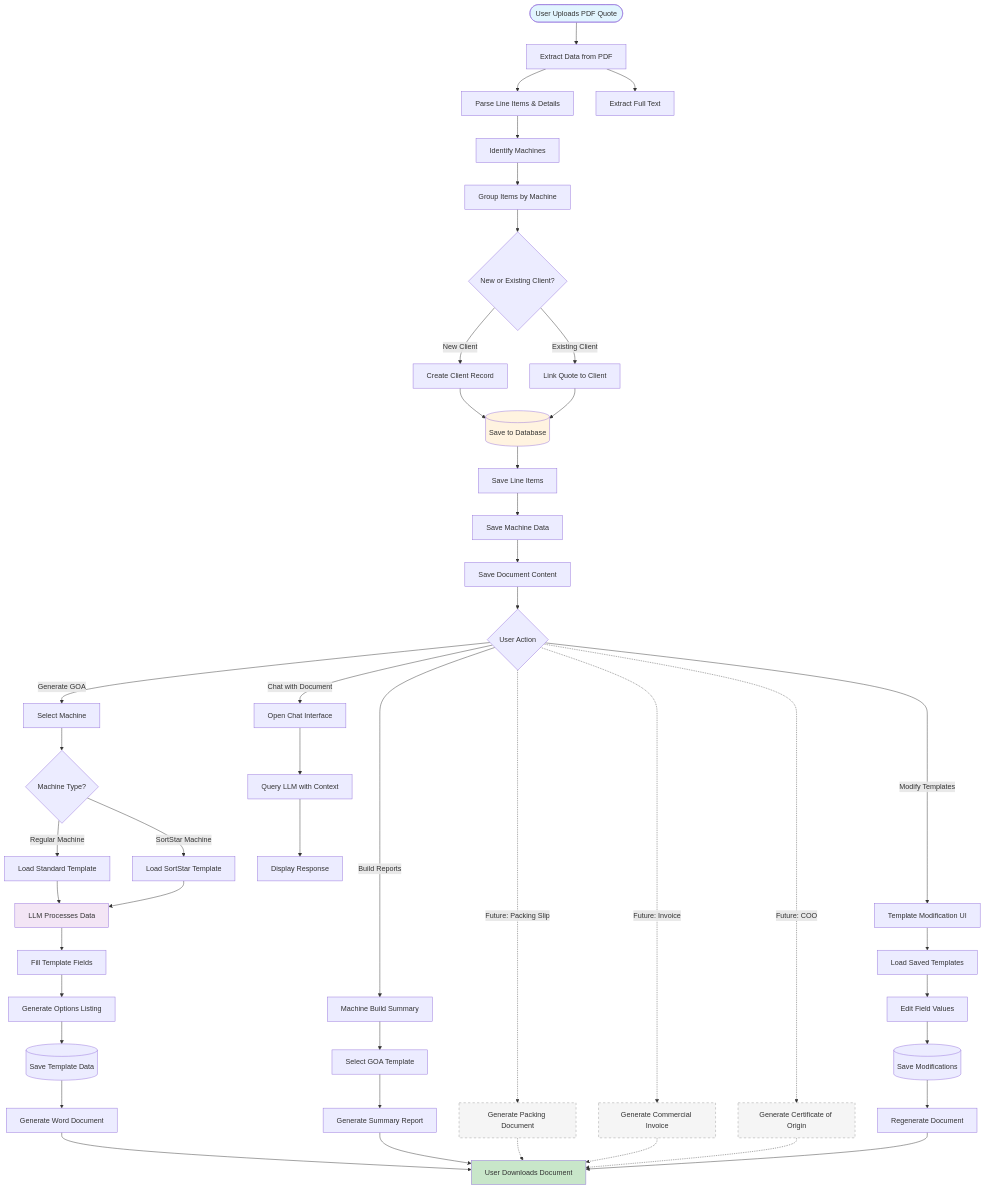
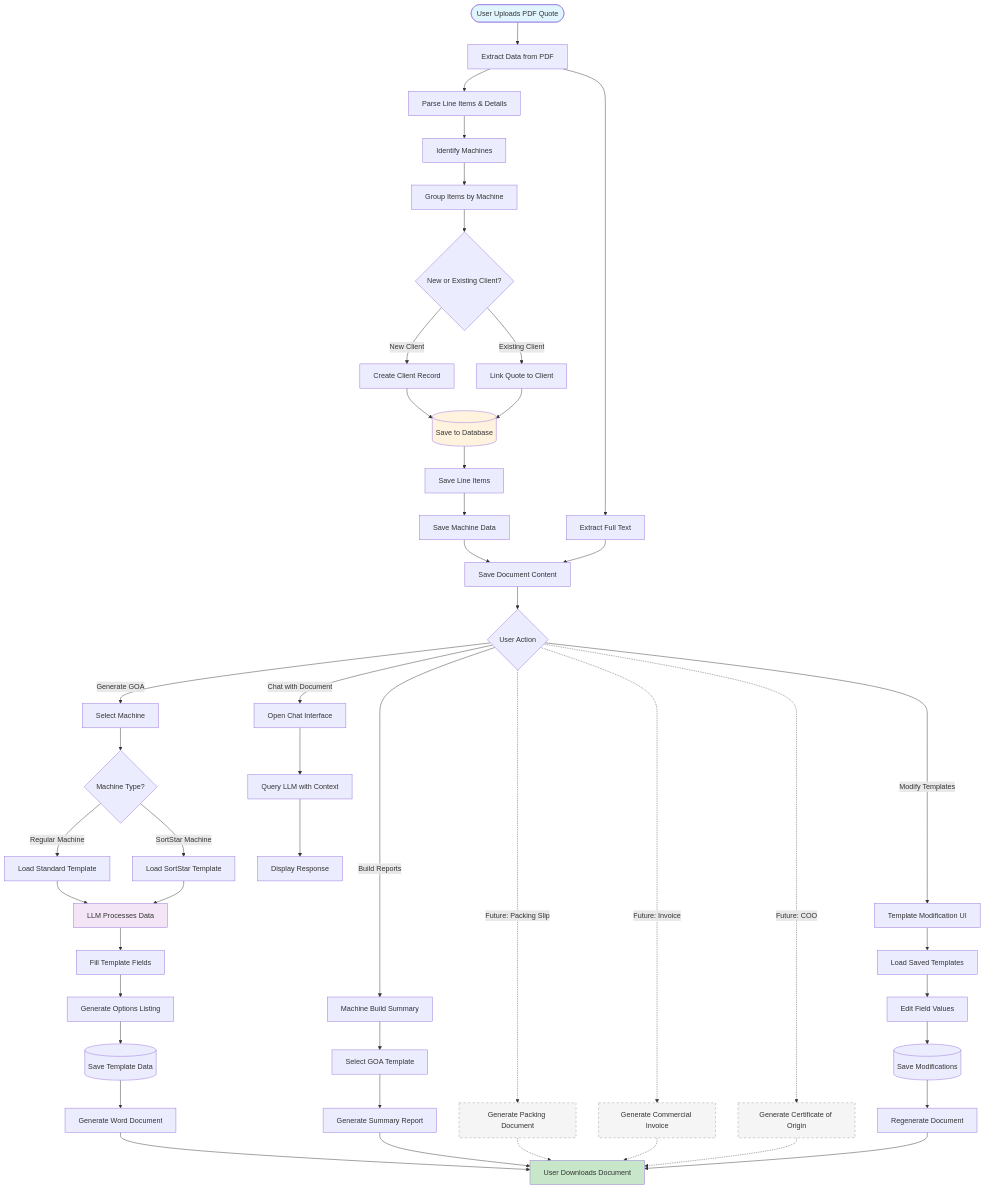
The diagram in README.md (brunocgirard/Automating-GOA), drawn with Mermaid before and after one commit.

Commit message:
docs: update workflow diagram to show text extraction flow

````diff
--- a/README.md
+++ b/README.md
@@ -26,72 +26,73 @@
 ```mermaid
 graph TB
     Start([User Uploads PDF Quote]) --> Extract[Extract Data from PDF]
     
     Extract --> ParseItems[Parse Line Items & Details]
     Extract --> ExtractText[Extract Full Text]
     
     ParseItems --> IdentifyMachines[Identify Machines]
     IdentifyMachines --> GroupItems[Group Items by Machine]
     
     GroupItems --> CreateClient{New or Existing Client?}
     
     CreateClient -->|New Client| SaveNewClient[Create Client Record]
     CreateClient -->|Existing Client| LinkQuote[Link Quote to Client]
     
     SaveNewClient --> SaveToDB[(Save to Database)]
     LinkQuote --> SaveToDB
     
     SaveToDB --> SaveItems[Save Line Items]
     SaveItems --> SaveMachines[Save Machine Data]
     SaveMachines --> SaveDoc[Save Document Content]
+    ExtractText --> SaveDoc
     
     SaveDoc --> UserChoice{User Action}
     
     UserChoice -->|Generate GOA| SelectMachine[Select Machine]
     UserChoice -->|Build Reports| BuildReports[Machine Build Summary]
     UserChoice -->|Chat with Document| ChatInterface[Open Chat Interface]
     UserChoice -->|Modify Templates| ModifyUI[Template Modification UI]
     
     UserChoice -.->|Future: Packing Slip| GenPacking[Generate Packing Document]
     UserChoice -.->|Future: Invoice| GenInvoice[Generate Commercial Invoice]
     UserChoice -.->|Future: COO| GenCOO[Generate Certificate of Origin]
     
     SelectMachine --> DetectType{Machine Type?}
     DetectType -->|Regular Machine| LoadTemplate1[Load Standard Template]
     DetectType -->|SortStar Machine| LoadTemplate2[Load SortStar Template]
     
     LoadTemplate1 --> LLMProcess[LLM Processes Data]
     LoadTemplate2 --> LLMProcess
     
     LLMProcess --> FillTemplate[Fill Template Fields]
     FillTemplate --> GenerateOptions[Generate Options Listing]
     GenerateOptions --> SaveTemplate[(Save Template Data)]
     
     SaveTemplate --> GenerateDoc[Generate Word Document]
     GenerateDoc --> Download[User Downloads Document]
     
     BuildReports --> SelectTemplate[Select GOA Template]
     SelectTemplate --> GenerateSummary[Generate Summary Report]
     GenerateSummary --> Download
     
     ModifyUI --> LoadSaved[Load Saved Templates]
     LoadSaved --> EditFields[Edit Field Values]
     EditFields --> SaveMods[(Save Modifications)]
     SaveMods --> RegenerateDoc[Regenerate Document]
     
     ChatInterface --> QueryLLM[Query LLM with Context]
     QueryLLM --> ShowResponse[Display Response]
     
     GenPacking -.-> Download
     GenInvoice -.-> Download
     GenCOO -.-> Download
     RegenerateDoc --> Download
     
     style Start fill:#e1f5fe
     style SaveToDB fill:#fff3e0
     style Download fill:#c8e6c9
     style LLMProcess fill:#f3e5f5
     style GenPacking fill:#f5f5f5,stroke:#999,stroke-dasharray: 5 5
     style GenInvoice fill:#f5f5f5,stroke:#999,stroke-dasharray: 5 5
     style GenCOO fill:#f5f5f5,stroke:#999,stroke-dasharray: 5 5
 ```
````
